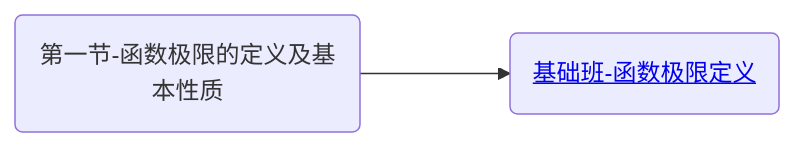
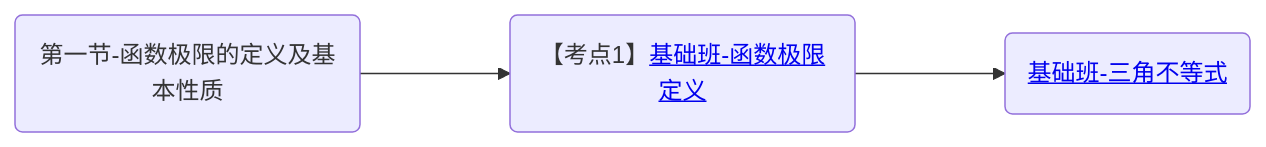
The diagram in 笔记/数学/周洋鑫/基础班/00.大纲.md (yuebinghui/note), drawn with Mermaid before and after one commit. The commit also changed 5 other files, not shown here.

````diff
--- a/笔记/数学/周洋鑫/基础班/00.大纲.md
+++ b/笔记/数学/周洋鑫/基础班/00.大纲.md
@@ -1,6 +1,7 @@
 ```mermaid
 graph LR
 第一节-函数极限的定义及基本性质(第一节-函数极限的定义及基本性质)
 
-第一节-函数极限的定义及基本性质--->基础班-函数极限定义(<a href="/Users/yuebinghui/Documents/program/github/note/笔记/数学/周洋鑫/基础班/01.函数极限的定义与性质-1.md#基础班-函数极限定义">基础班-函数极限定义</>)
+第一节-函数极限的定义及基本性质--->基础班-函数极限定义(【考点1】<a href="/Users/yuebinghui/Documents/program/github/note/笔记/数学/周洋鑫/基础班/01.函数极限的定义与性质-1.md#基础班-函数极限定义">基础班-函数极限定义</>)
+基础班-函数极限定义--->基础班-三角不等式(<a href="/Users/yuebinghui/Documents/program/github/note/笔记/数学/周洋鑫/基础班/01.函数极限的定义与性质-1.md#基础班-三角不等式">基础班-三角不等式</>)
 ```
````
